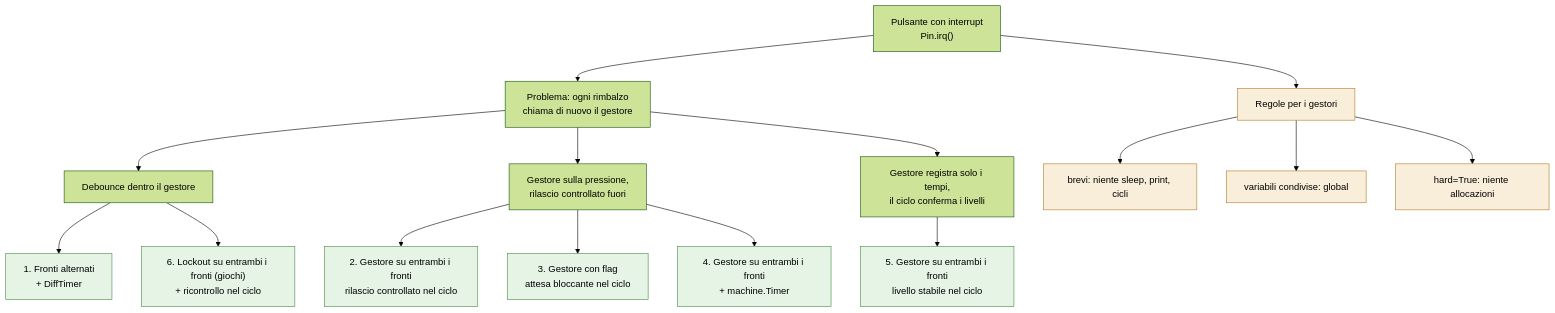
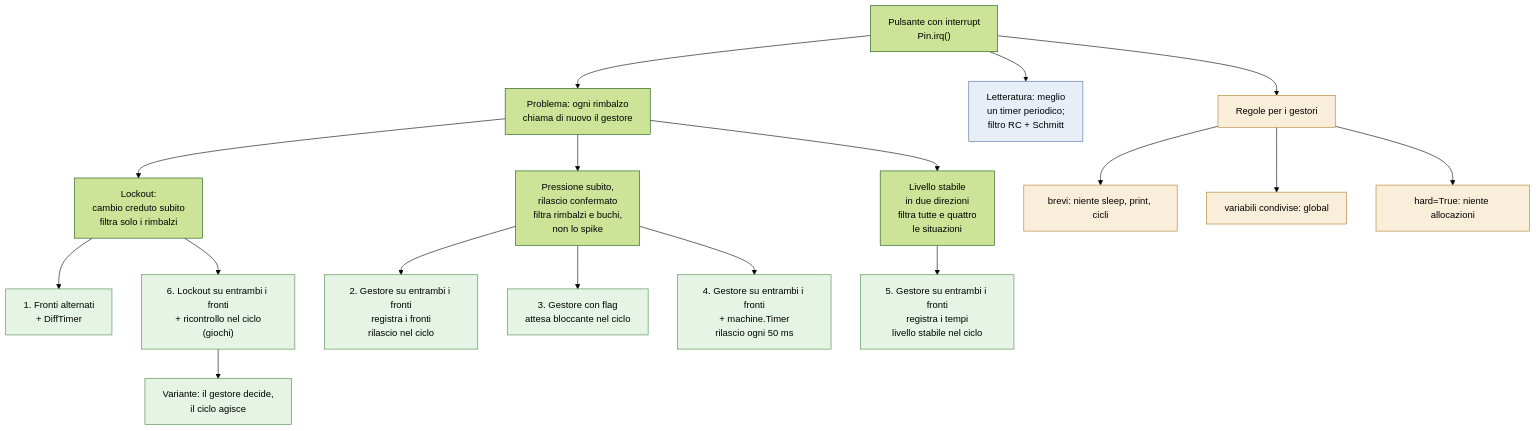
Before and after one commit to sebastianomelita/ArduinoBareMetal: the diagram in pulsanti-interrupt-mpy.md, drawn with Mermaid (forest theme). The commit also changed other lines of this file and 1 other file, not shown here.

````diff
--- a/pulsanti-interrupt-mpy.md
+++ b/pulsanti-interrupt-mpy.md
@@ -24,21 +24,25 @@
 ```mermaid
 flowchart TD
     C["Pulsante con interrupt<br/>Pin.irq()"] --> D["Problema: ogni rimbalzo<br/>chiama di nuovo il gestore"]
+    C --> LET["Letteratura: meglio<br/>un timer periodico;<br/>filtro RC + Schmitt"]
     C --> R["Regole per i gestori"]
-    D --> G1["Debounce dentro il gestore"]
-    D --> L["Gestore sulla pressione,<br/>rilascio controllato fuori"]
+    D --> G1["Lockout:<br/>cambio creduto subito<br/>filtra solo i rimbalzi"]
+    D --> L["Pressione subito,<br/>rilascio confermato<br/>filtra rimbalzi e buchi,<br/>non lo spike"]
+    D --> S["Livello stabile<br/>in due direzioni<br/>filtra tutte e quattro<br/>le situazioni"]
     G1 --> T1["1. Fronti alternati<br/>+ DiffTimer"]
-    L --> T2["2. Gestore su entrambi i fronti<br/>rilascio controllato nel ciclo"]
+    G1 --> T6["6. Lockout su entrambi i fronti<br/>+ ricontrollo nel ciclo<br/>(giochi)"]
+    T6 --> V["Variante: il gestore decide,<br/>il ciclo agisce"]
+    L --> T2["2. Gestore su entrambi i fronti<br/>registra i fronti<br/>rilascio nel ciclo"]
     L --> T3["3. Gestore con flag<br/>attesa bloccante nel ciclo"]
-    L --> T4["4. Gestore su entrambi i fronti<br/>+ machine.Timer"]
-    D --> S["Gestore registra solo i tempi,<br/>il ciclo conferma i livelli"]
-    S --> T5["5. Gestore su entrambi i fronti<br/>livello stabile nel ciclo"]
-    G1 --> T6["6. Lockout su entrambi i fronti (giochi)<br/>+ ricontrollo nel ciclo"]
+    L --> T4["4. Gestore su entrambi i fronti<br/>+ machine.Timer<br/>rilascio ogni 50 ms"]
+    S --> T5["5. Gestore su entrambi i fronti<br/>registra i tempi<br/>livello stabile nel ciclo"]
     R --> R1["brevi: niente sleep, print, cicli"]
     R --> R2["variabili condivise: global"]
     R --> R3["hard=True: niente allocazioni"]
     classDef tecnica fill:#e5f4e4,stroke:#4a8a46
     classDef regola fill:#f9eeda,stroke:#b07d2b
-    class T1,T2,T3,T4,T5,T6 tecnica
+    classDef fonte fill:#e8eef8,stroke:#4a6fa5
+    class T1,T2,T3,T4,T5,T6,V tecnica
     class R,R1,R2,R3 regola
+    class LET fonte
 ```
````
